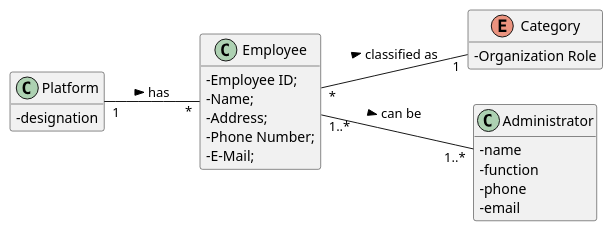
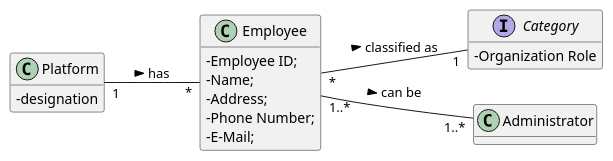
Before and after one commit to GuilhermeCunha79/lapr2: the diagram in docs/SprintB/US11/UC11_MD.puml, drawn with PlantUML. The commit also changed 3 other files, not shown here.

Commit message:
US10 Engineering Requirements - "Completed" US11 Engineering Requirements - "Completed" UC Diagram Update

```diff
--- a/docs/SprintB/US11/UC11_MD.puml
+++ b/docs/SprintB/US11/UC11_MD.puml
@@ -1,37 +1,32 @@
 @startuml
 hide methods
 left to right direction
 skinparam classAttributeIconSize 0
 
 
 class Platform {
   -designation
 }
 
 class Employee {
 	-Employee ID;
 	-Name;
 	-Address;
 	-Phone Number;
 	-E-Mail;
 	-Standard Occupational Classification (SOC) code.
 }
 
-enum Category {
+interface Category {
   -Organization Role
 }
 
-class Administrator {
-  -name
-  -function
-  -phone
-  -email
-}
+
 
 Platform "1" -- "*" Employee : has >
 Employee "*" -- "1" Category: classified as >
 Employee "1..*" -- "1..*" Administrator: can be >
 
 
 
 @enduml
```
